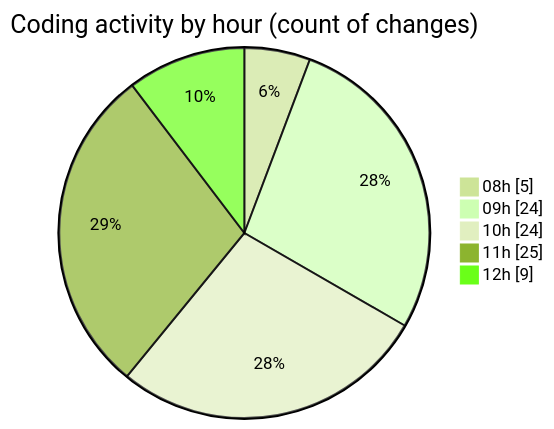
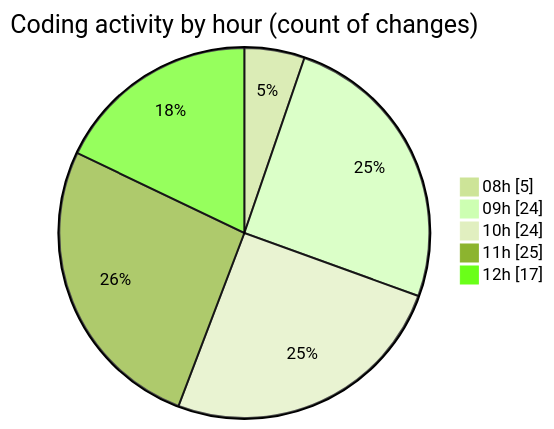
The second of 2 diagrams in 2025-11-24/cda/README.md (momahboobian/code-tracking), drawn with Mermaid (forest theme) before and after one commit. The commit also changed other lines of this file and 1 other file, not shown here.

````diff
--- a/2025-11-24/cda/README.md
+++ b/2025-11-24/cda/README.md
@@ -38,9 +38,9 @@
 ```mermaid
 pie showData
 title Coding activity by hour (count of changes)
 "08h" : 5
 "09h" : 24
 "10h" : 24
 "11h" : 25
-"12h" : 9
+"12h" : 17
 ```
````
